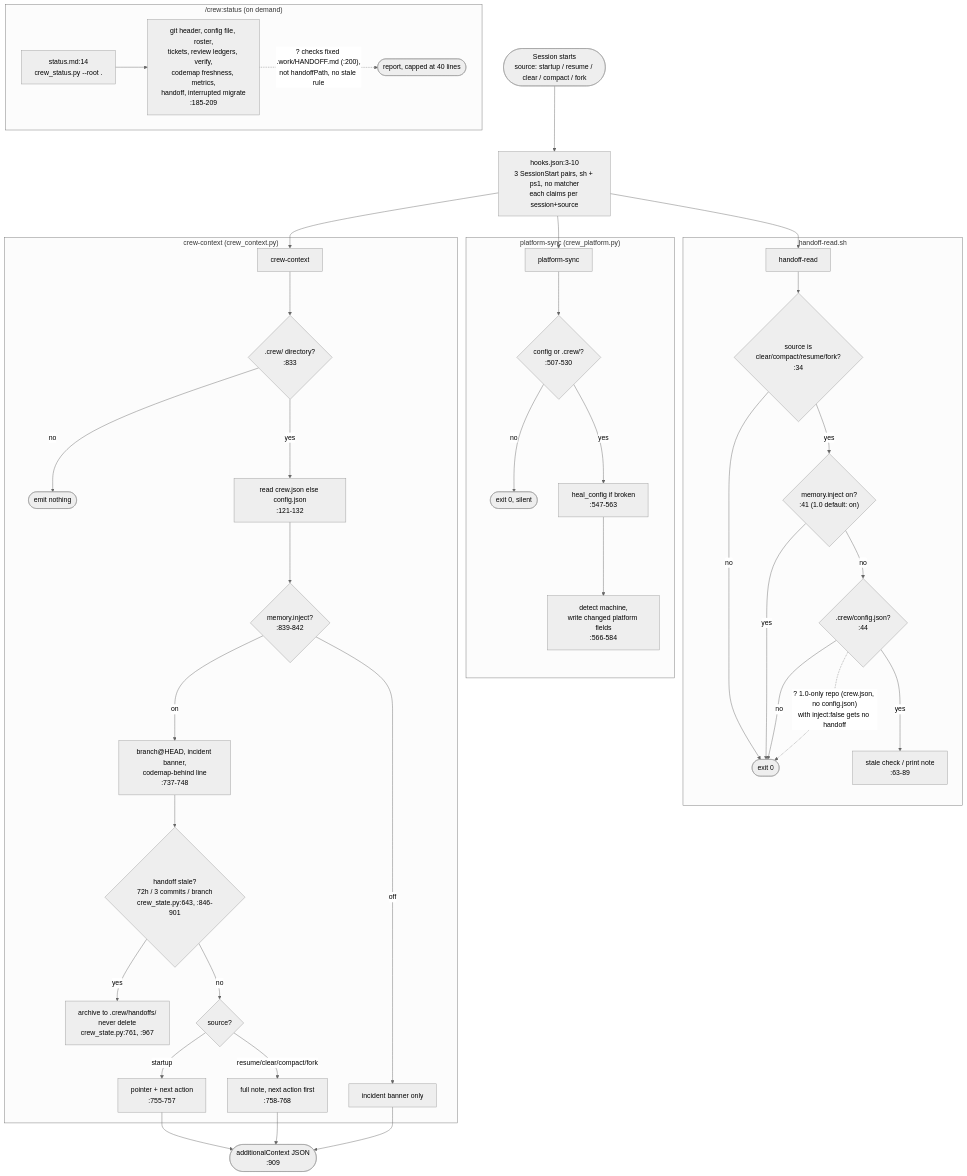
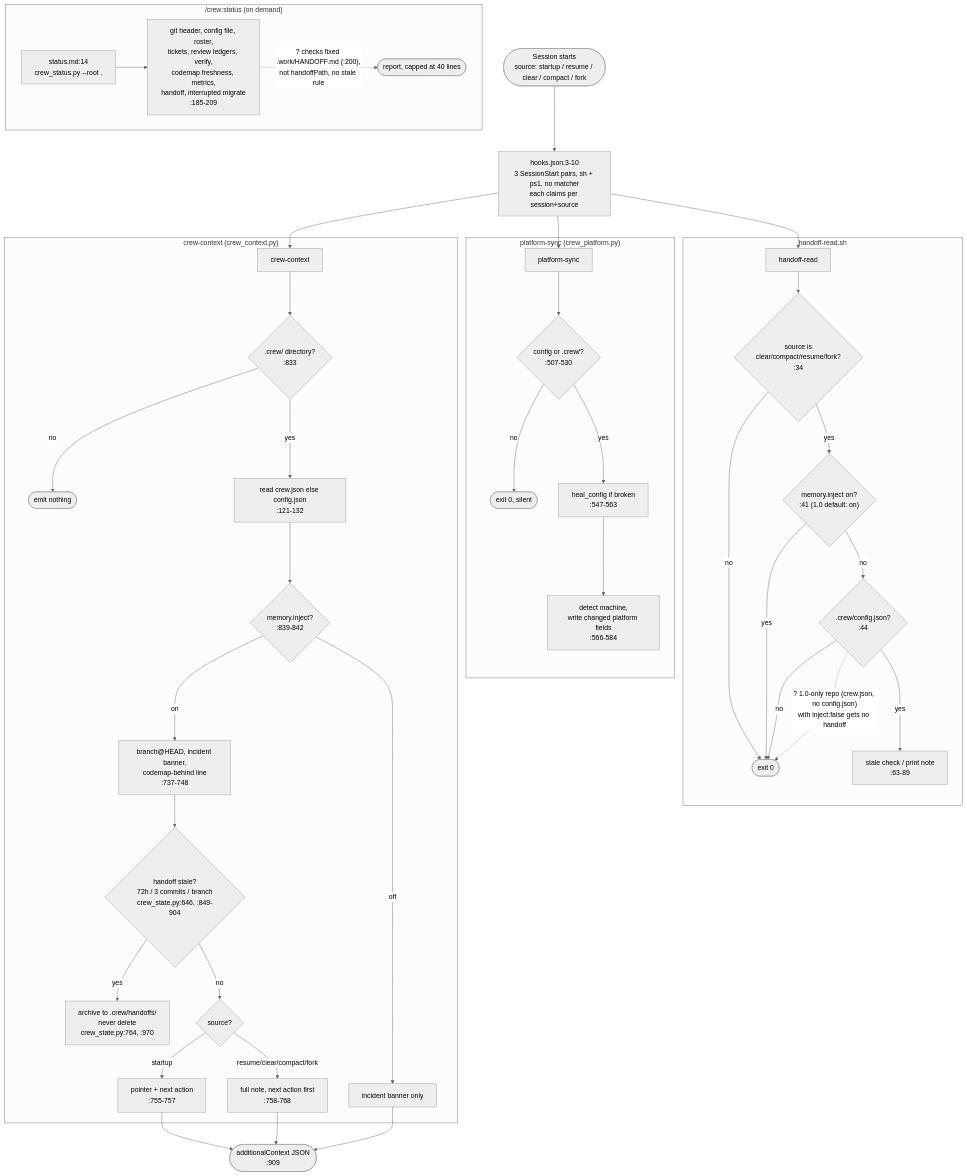
Before and after one commit to mbadali25/useful-claude-add-ons: the diagram in docs/diagrams/process-crew-brief.mmd, drawn with Mermaid (neutral theme). The commit also changed 16 other files, not shown here.

```diff
--- a/docs/diagrams/process-crew-brief.mmd
+++ b/docs/diagrams/process-crew-brief.mmd
@@ -1,91 +1,95 @@
-%% Generated from useful-claude-add-ons@f2bb919b on 2026-09-25. Verify before trusting.
+%% Generated from useful-claude-add-ons@fc54def6 on 2026-09-25. Verify before trusting.
 %% Anchors: plugin/crew/hooks/hooks.json, plugin/crew/hooks/scripts/handoff-read.sh, plugin/crew/hooks/scripts/platform-sync.sh, plugin/crew/hooks/scripts/crew_platform.py, plugin/crew/hooks/scripts/crew-context.sh, plugin/crew/hooks/scripts/crew_context.py, plugin/crew/hooks/scripts/crew_state.py, plugin/crew/hooks/scripts/crew_status.py, plugin/crew/commands/status.md
 %% Re-anchored 86931b29 -> f2bb919b (T-0015): `git diff --name-only 86931b29 f2bb919b --`
 %% over every path on the Anchors line returns nothing, so no citation below moved. Spot
 %% re-read at f2bb919b (repo-relative): plugin/crew/hooks/hooks.json:3-10,
 %% plugin/crew/hooks/scripts/handoff-read.sh:34 :41 :42 :44,
 %% plugin/crew/hooks/scripts/crew_context.py:121-123 :833 :839 :909,
 %% plugin/crew/hooks/scripts/crew_state.py:643, plugin/crew/hooks/scripts/crew_status.py:200,
 %% plugin/crew/commands/status.md:14, plugin/crew/hooks/scripts/crew_platform.py:229 :507 :537.
 %% The body below keeps the drawing's own shorthand (basename:line); the Anchors line
 %% names each basename's full path.
 %% Drawn in the diagrams-crew-1.0 worktree, uncommitted there; committed on T-0015-refresh.
+%% Re-anchored f2bb919b -> fc54def6 (T-0005): of the Anchors paths only crew_state.py
+%% changed - three import lines at :74 and :102-103 - so its four citations below moved by +3
+%% (:643 -> :646 STALE_HANDOFF_DEFAULTS, :846-901 -> :849-904, :761 -> :764, :967 -> :970),
+%% each re-read by content. The T-0015 spot-read list above keeps its f2bb919b numbers.
 %% What crew 1.0 does when a session starts, and what /crew:status reads.
 %% --
 %% REDRAWN for crew 1.0. The 0.20 version of this file drew the PM session-start
 %% brief (pm-brief.sh / pm_brief.py), both removed in 1.0 - the diagram described
 %% a flow that no longer exists. Every box below was re-read at 86931b29.
 %% --
 %% Registration: plugin/crew/hooks/hooks.json:3-10 - three SessionStart pairs
 %% (sh + ps1), NO matcher key, so all six fire on every source; each script
 %% filters on payload.source itself and claims per session+source so only one
 %% flavour does the work.
 %% handoff-read.sh:34 exits unless source is clear|compact|resume|fork;
 %%   :41 exits silently when memory.inject is on (the 1.0 default) - crew-context
 %%   delivers the handoff instead; :42 claim; :44 needs .crew/config.json.
 %% crew_platform.py:507-530 silent without a config or .crew/; :537 claim;
 %%   :547-563 heal_config (refuses without .crew/, :229); :566-584 writes
 %%   changed platform fields, prints only on change.
 %% crew_context.py:833 no .crew/ directory -> emits nothing; :121-132 reads
 %%   crew.json else config.json; :839-842 inject:false -> incident banner only;
 %%   :737-748 branch@HEAD, incident banner, codemap-behind line; :749 stale
 %%   archive; :755-757 startup -> pointer + next action; :758-768 other sources
 %%   -> full note, next action first; :909 JSON additionalContext.
-%% Stale rule: crew_state.py:643 (72h / 3 commits), :846-901, archived to
+%% Stale rule: crew_state.py:646 (72h / 3 commits), :849-904, archived to
 %%   .crew/handoffs/ (:761, :967), never deleted; never raises (:941-945).
 %% /crew:status: commands/status.md:14 -> crew_status.py; :185-209 report lines.
 %% --
 %% Dashed '?' edges: handoff-read reads only config.json (:44), never crew.json,
 %% so a 1.0-only repo with inject:false gets no handoff from either hook -
 %% traced in the sh flavour only; the ps1 body was not read past :241.
 %% /crew:status checks the fixed path .work/HANDOFF.md (crew_status.py:200),
 %% not context.handoffPath, and does not apply the stale rule.
 flowchart TB
     start([Session starts<br/>source: startup / resume / clear / compact / fork])
     start --> reg["hooks.json:3-10<br/>3 SessionStart pairs, sh + ps1, no matcher<br/>each claims per session+source"]
 
     reg --> HR[handoff-read]
     reg --> PS[platform-sync]
     reg --> CC[crew-context]
 
     subgraph handoffRead["handoff-read.sh"]
         HR --> hr1{"source is<br/>clear/compact/resume/fork?<br/>:34"}
         hr1 -- no --> hrx([exit 0])
         hr1 -- yes --> hr2{"memory.inject on?<br/>:41 (1.0 default: on)"}
         hr2 -- yes --> hrx
         hr2 -- no --> hr3{".crew/config.json?<br/>:44"}
         hr3 -- no --> hrx
         hr3 -- yes --> hr4[stale check / print note<br/>:63-89]
     end
 
     subgraph platformSync["platform-sync (crew_platform.py)"]
         PS --> ps1{"config or .crew/?<br/>:507-530"}
         ps1 -- no --> psx([exit 0, silent])
         ps1 -- yes --> ps2["heal_config if broken<br/>:547-563"]
         ps2 --> ps3["detect machine,<br/>write changed platform fields<br/>:566-584"]
     end
 
     subgraph crewContext["crew-context (crew_context.py)"]
         CC --> cc1{".crew/ directory?<br/>:833"}
         cc1 -- no --> ccx([emit nothing])
         cc1 -- yes --> cc2["read crew.json else config.json<br/>:121-132"]
         cc2 --> cc3{"memory.inject?<br/>:839-842"}
         cc3 -- off --> cc4[incident banner only]
         cc3 -- on --> cc5["branch@HEAD, incident banner,<br/>codemap-behind line<br/>:737-748"]
-        cc5 --> stale{"handoff stale?<br/>72h / 3 commits / branch<br/>crew_state.py:643, :846-901"}
-        stale -- yes --> arch["archive to .crew/handoffs/<br/>never delete<br/>crew_state.py:761, :967"]
+        cc5 --> stale{"handoff stale?<br/>72h / 3 commits / branch<br/>crew_state.py:646, :849-904"}
+        stale -- yes --> arch["archive to .crew/handoffs/<br/>never delete<br/>crew_state.py:764, :970"]
         stale -- no --> src{"source?"}
         src -- startup --> ptr["pointer + next action<br/>:755-757"]
         src -- "resume/clear/compact/fork" --> full["full note, next action first<br/>:758-768"]
     end
 
     ptr --> out(["additionalContext JSON<br/>:909"])
     full --> out
     cc4 --> out
 
     hr3 -. "? 1.0-only repo (crew.json, no config.json)<br/>with inject:false gets no handoff" .-> hrx
 
     subgraph status["/crew:status (on demand)"]
         st1["status.md:14<br/>crew_status.py --root ."] --> st2["git header, config file, roster,<br/>tickets, review ledgers, verify,<br/>codemap freshness, metrics,<br/>handoff, interrupted migrate<br/>:185-209"]
         st2 -. "? checks fixed .work/HANDOFF.md (:200),<br/>not handoffPath, no stale rule" .-> st3([report, capped at 40 lines])
     end
```
